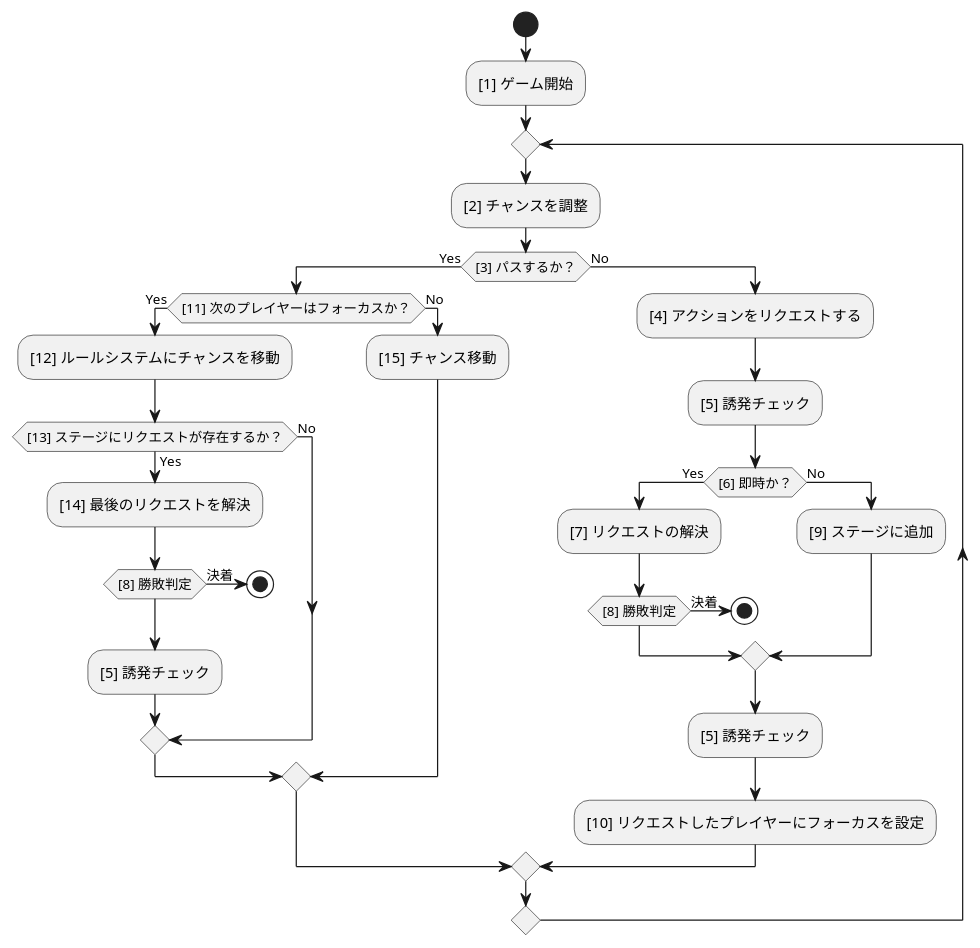
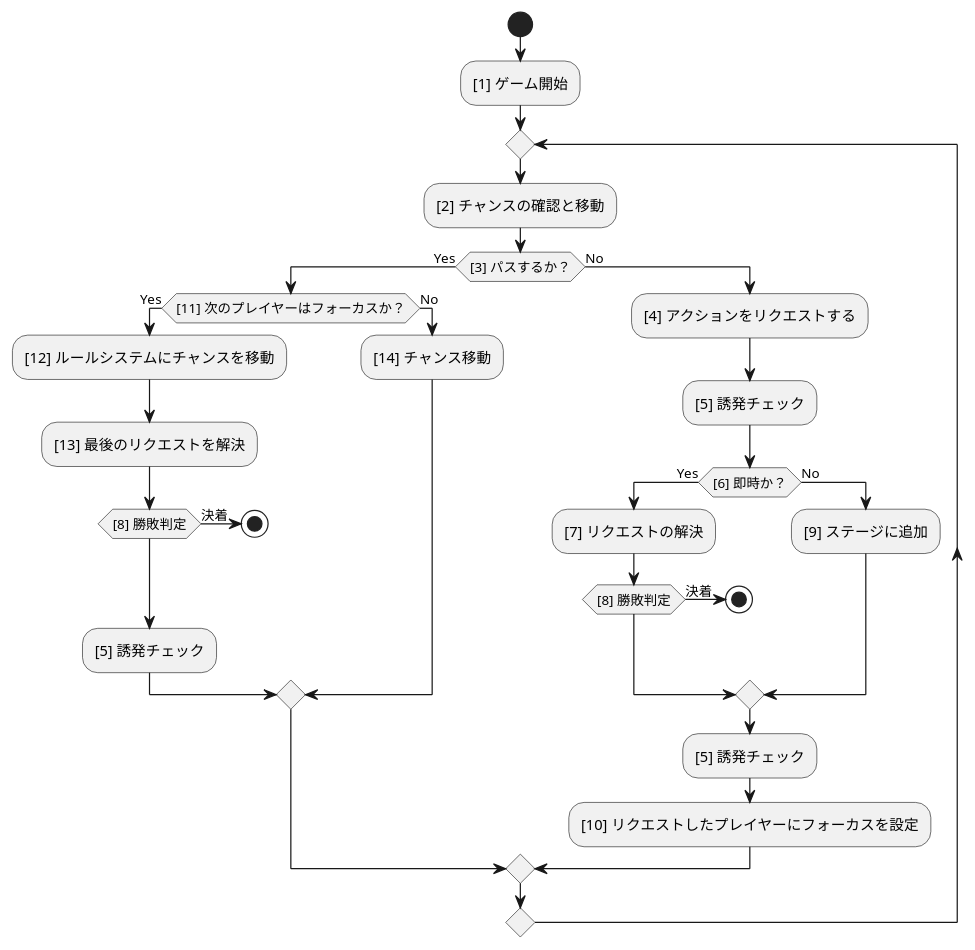
The diagram in source/core/coreflow.puml (BlackPoker/BlackPoker), drawn with PlantUML before and after one commit. The commit also changed 3 other files, not shown here.

```diff
--- a/source/core/coreflow.puml
+++ b/source/core/coreflow.puml
@@ -1,36 +1,33 @@
 @startuml
 skinparam defaultFontName "Droid Sans Fallback"
 start
 :[1] ゲーム開始;
 repeat
-:[2] チャンスを調整;
+:[2] チャンスの確認と移動;
 if ([3] パスするか？) then (Yes)
     if ([11] 次のプレイヤーはフォーカスか？) then (Yes)
         :[12] ルールシステムにチャンスを移動;
-        if ([13] ステージにリクエストが存在するか？) then (Yes)
-            :[14] 最後のリクエストを解決;
-            if ([8] 勝敗判定) then (決着)
-                stop
-            endif
-            :[5] 誘発チェック;
-        else (No)
+        :[13] 最後のリクエストを解決;
+        if ([8] 勝敗判定) then (決着)
+            stop
         endif
+        :[5] 誘発チェック;
     else (No)
-        :[15] チャンス移動;
+        :[14] チャンス移動;
     endif
 else (No)
     :[4] アクションをリクエストする;
     :[5] 誘発チェック;
     if ([6] 即時か？) then (Yes)
         :[7] リクエストの解決;
         if ([8] 勝敗判定) then (決着)
             stop
         endif
     else (No)
         :[9] ステージに追加;
     endif
     :[5] 誘発チェック;
     :[10] リクエストしたプレイヤーにフォーカスを設定;
 endif
 repeat while()
 @enduml
```
